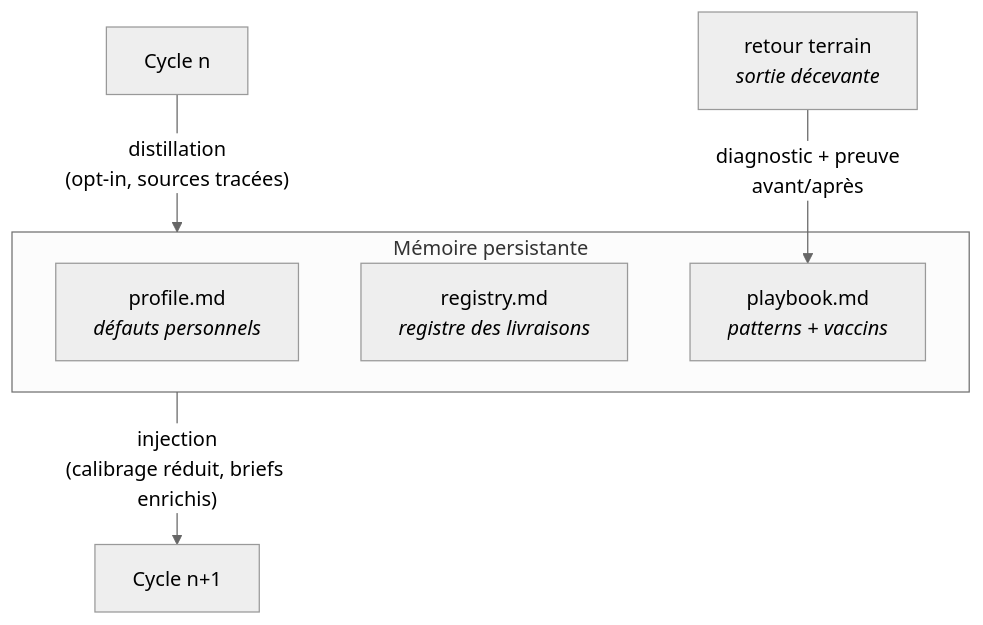
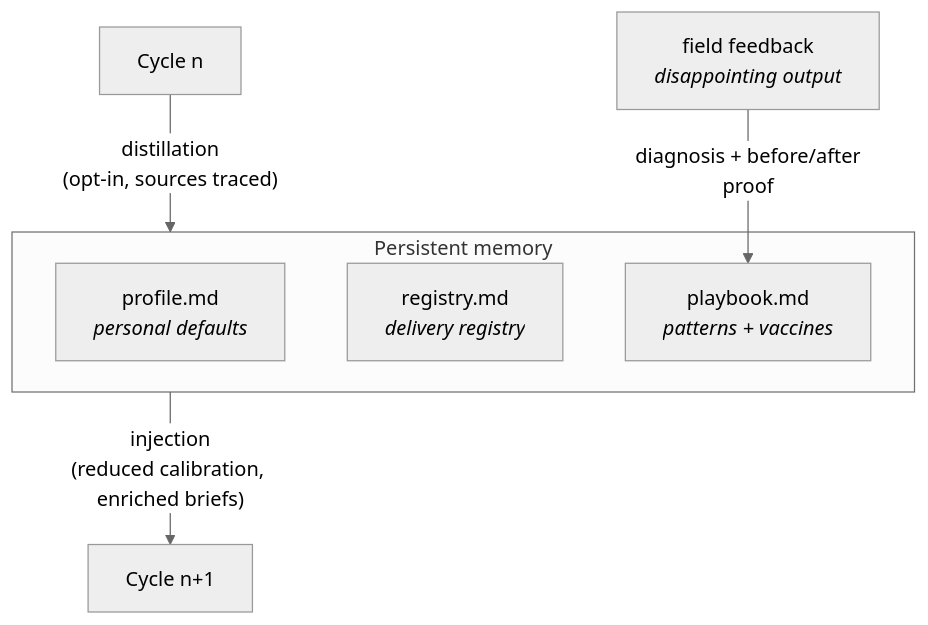
One commit to alebgl77/promptor changed the second of 2 diagrams in README.md. Above: the diagram before and after it, drawn with Mermaid (neutral theme). The commit also changed other lines of this file and 1 other file, not shown here.

````diff
--- a/README.md
+++ b/README.md
@@ -84,11 +88,11 @@
 ```mermaid
 flowchart TD
-    subgraph M["Mémoire persistante"]
-        PR["profile.md<br><i>défauts personnels</i>"]
-        RG["registry.md<br><i>registre des livraisons</i>"]
-        PB["playbook.md<br><i>patterns + vaccins</i>"]
+    subgraph M["Persistent memory"]
+        PR["profile.md<br><i>personal defaults</i>"]
+        RG["registry.md<br><i>delivery registry</i>"]
+        PB["playbook.md<br><i>patterns + vaccines</i>"]
     end
-    CN["Cycle n"] -->|"distillation<br>(opt-in, sources tracées)"| M
-    M -->|"injection<br>(calibrage réduit, briefs enrichis)"| CN1["Cycle n+1"]
-    T["retour terrain<br><i>sortie décevante</i>"] -->|"diagnostic + preuve<br>avant/après"| PB
+    CN["Cycle n"] -->|"distillation<br>(opt-in, sources traced)"| M
+    M -->|"injection<br>(reduced calibration, enriched briefs)"| CN1["Cycle n+1"]
+    T["field feedback<br><i>disappointing output</i>"] -->|"diagnosis + before/after<br>proof"| PB
 ```
````
